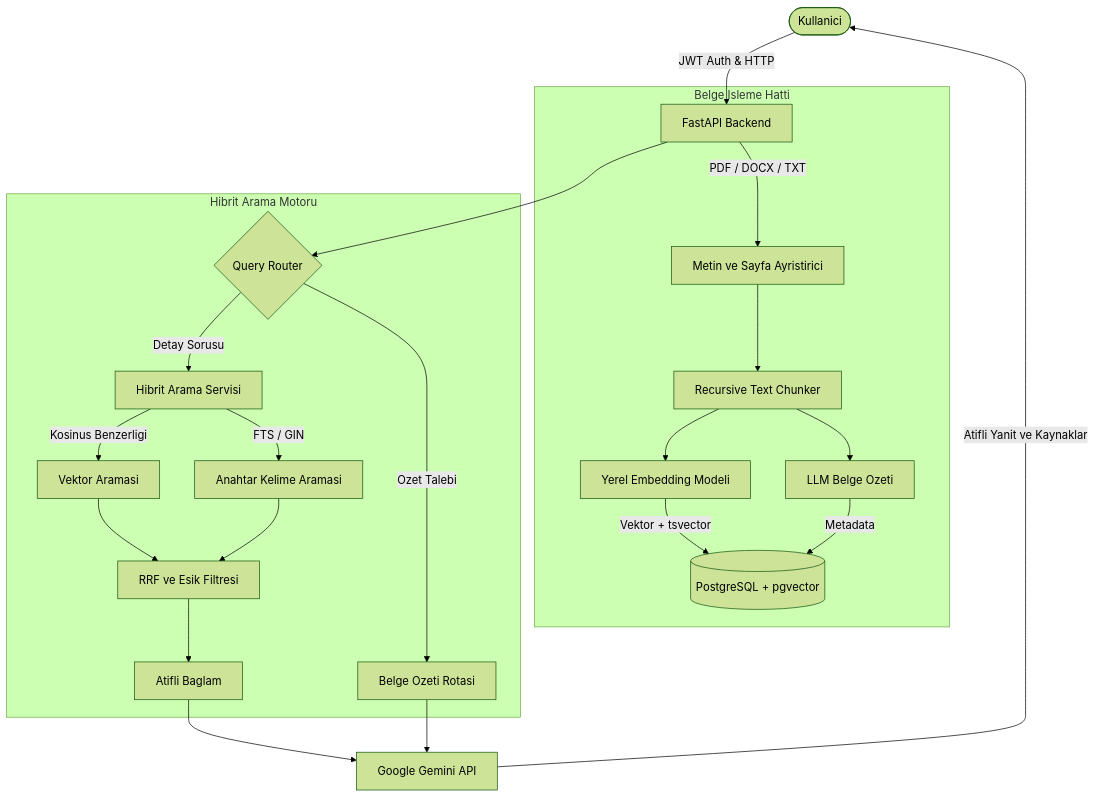
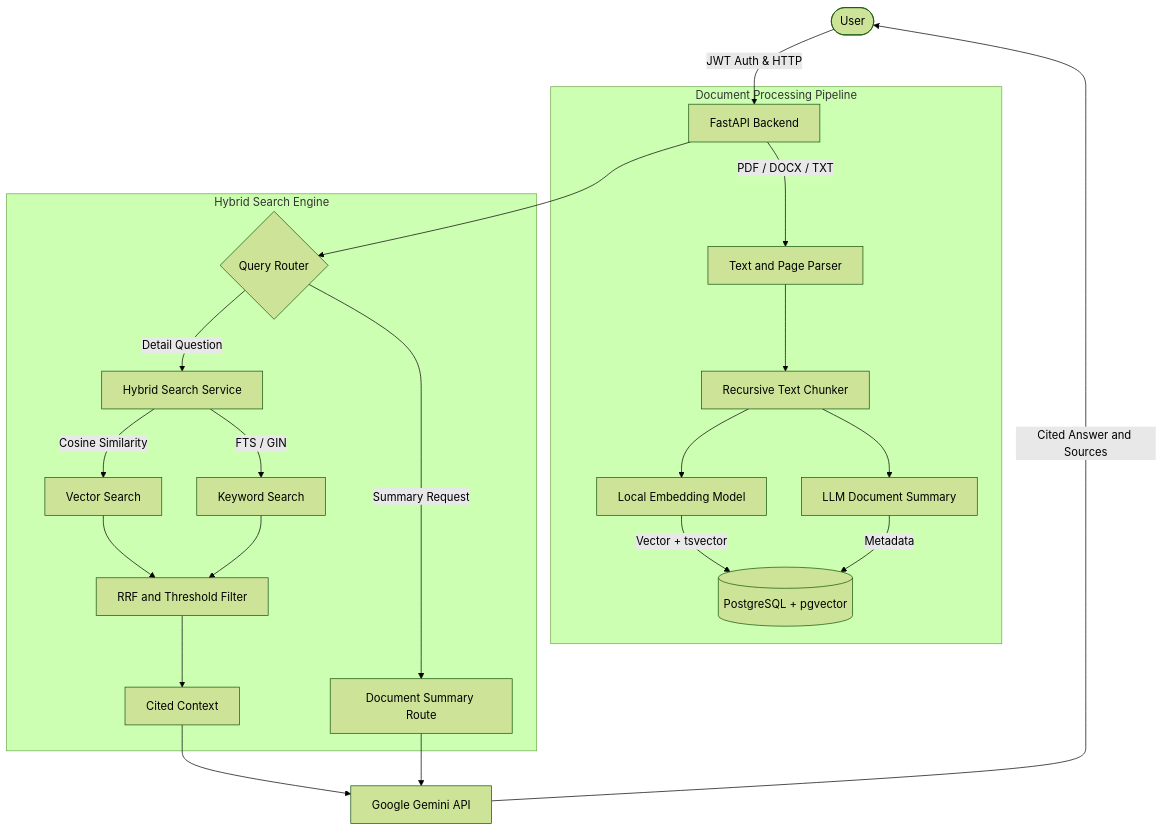
One commit to akdenizenes/rag-document-assistant changed the diagram in README.md. Above: the diagram before and after it, drawn with Mermaid (forest theme). The commit also changed other lines of this file, not shown here.

````diff
--- a/README.md
+++ b/README.md
@@ -94,27 +94,27 @@
 ```mermaid
 flowchart TD
-    User([Kullanici]) -->|JWT Auth & HTTP| API[FastAPI Backend]
+    User([User]) -->|JWT Auth & HTTP| API[FastAPI Backend]
 
-    subgraph Ingestion [Belge Isleme Hatti]
-        API -->|PDF / DOCX / TXT| Parser[Metin ve Sayfa Ayristirici]
+    subgraph Ingestion [Document Processing Pipeline]
+        API -->|PDF / DOCX / TXT| Parser[Text and Page Parser]
         Parser --> Chunker[Recursive Text Chunker]
-        Chunker --> Embedder[Yerel Embedding Modeli]
-        Chunker --> DocSummary[LLM Belge Ozeti]
-        Embedder -->|Vektor + tsvector| DB[(PostgreSQL + pgvector)]
+        Chunker --> Embedder[Local Embedding Model]
+        Chunker --> DocSummary[LLM Document Summary]
+        Embedder -->|Vector + tsvector| DB[(PostgreSQL + pgvector)]
         DocSummary -->|Metadata| DB
     end
 
-    subgraph Retrieval [Hibrit Arama Motoru]
+    subgraph Retrieval [Hybrid Search Engine]
         API --> Router{Query Router}
-        Router -->|Detay Sorusu| Hybrid[Hibrit Arama Servisi]
-        Router -->|Ozet Talebi| SummaryRoute[Belge Ozeti Rotasi]
+        Router -->|Detail Question| Hybrid[Hybrid Search Service]
+        Router -->|Summary Request| SummaryRoute[Document Summary Route]
 
-        Hybrid -->|Kosinus Benzerligi| VecSearch[Vektor Aramasi]
-        Hybrid -->|FTS / GIN| FTSSearch[Anahtar Kelime Aramasi]
-        VecSearch & FTSSearch --> RRF[RRF ve Esik Filtresi]
-        RRF --> Context[Atifli Baglam]
+        Hybrid -->|Cosine Similarity| VecSearch[Vector Search]
+        Hybrid -->|FTS / GIN| FTSSearch[Keyword Search]
+        VecSearch & FTSSearch --> RRF[RRF and Threshold Filter]
+        RRF --> Context[Cited Context]
     end
 
     Context & SummaryRoute --> LLM[Google Gemini API]
-    LLM -->|Atifli Yanit ve Kaynaklar| User
+    LLM -->|Cited Answer and Sources| User
 ```
````
